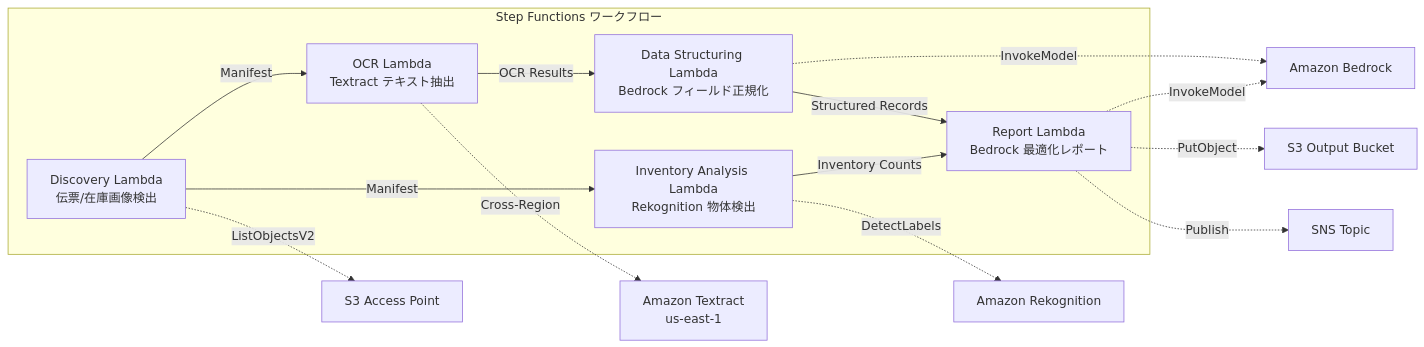
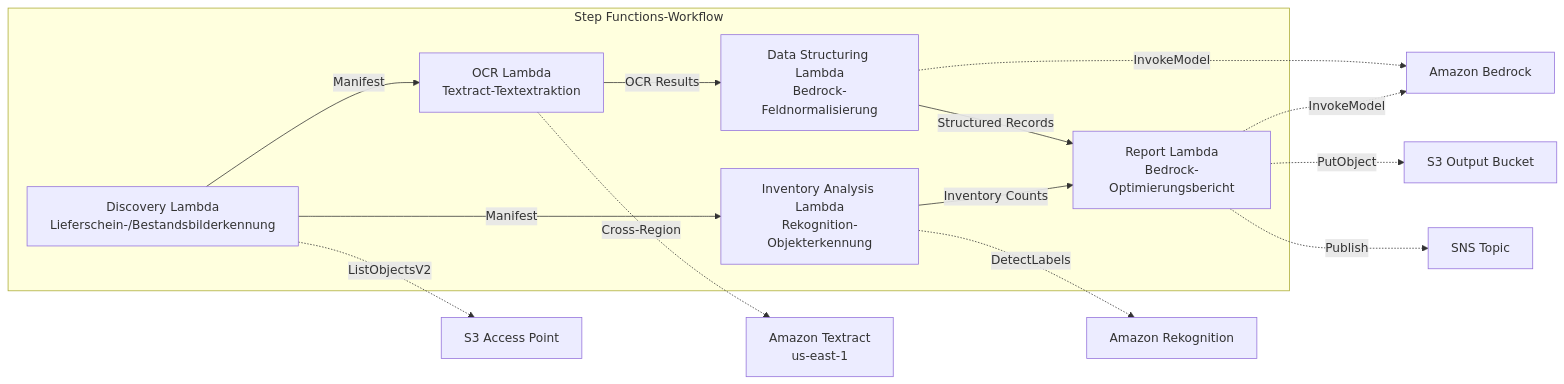
The diagram in solutions/industry/logistics-ocr/README.de.md (Yoshiki0705/FSx-for-ONTAP-S3AccessPoints-Serverless-Patterns), drawn with Mermaid before and after one commit. The commit also changed other lines of this file and 15 other files, not shown here.

````diff
--- a/solutions/industry/logistics-ocr/README.de.md
+++ b/solutions/industry/logistics-ocr/README.de.md
@@ -27,24 +55,24 @@
 ```mermaid
 graph LR
-    subgraph "Step Functions ワークフロー"
-        D[Discovery Lambda<br/>伝票/在庫画像検出]
-        OCR[OCR Lambda<br/>Textract テキスト抽出]
-        DS[Data Structuring Lambda<br/>Bedrock フィールド正規化]
-        IA[Inventory Analysis Lambda<br/>Rekognition 物体検出]
-        RPT[Report Lambda<br/>Bedrock 最適化レポート]
+    subgraph "Step Functions-Workflow"
+        D[Discovery Lambda<br/>Lieferschein-/Bestandsbilderkennung]
+        OCR[OCR Lambda<br/>Textract-Textextraktion]
+        DS[Data Structuring Lambda<br/>Bedrock-Feldnormalisierung]
+        IA[Inventory Analysis Lambda<br/>Rekognition-Objekterkennung]
+        RPT[Report Lambda<br/>Bedrock-Optimierungsbericht]
     end
 
     D -->|Manifest| OCR
     D -->|Manifest| IA
     OCR -->|OCR Results| DS
     DS -->|Structured Records| RPT
     IA -->|Inventory Counts| RPT
 
     D -.->|ListObjectsV2| S3AP[S3 Access Point]
     OCR -.->|Cross-Region| Textract[Amazon Textract<br/>us-east-1]
     DS -.->|InvokeModel| Bedrock[Amazon Bedrock]
     IA -.->|DetectLabels| Rekog[Amazon Rekognition]
     RPT -.->|InvokeModel| Bedrock
     RPT -.->|PutObject| S3OUT[S3 Output Bucket]
     RPT -.->|Publish| SNS[SNS Topic]
 ```
````
